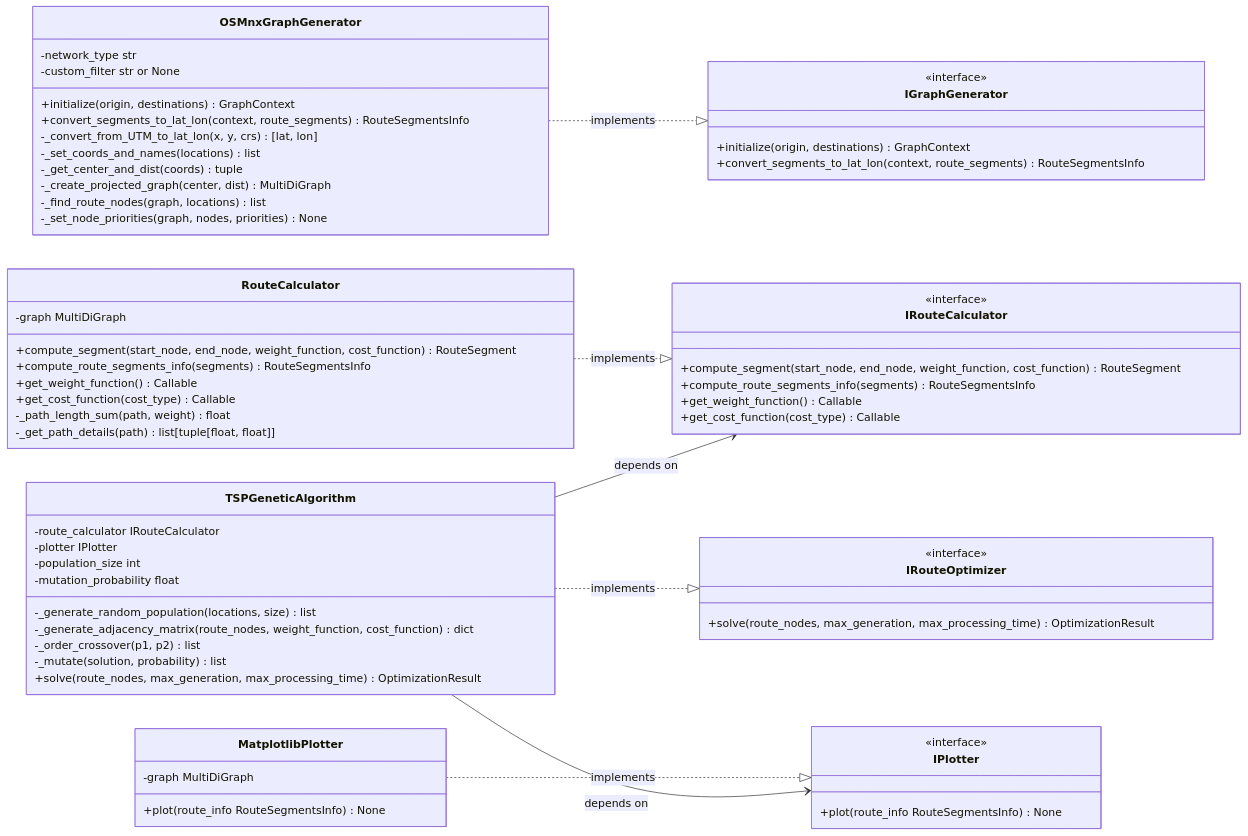
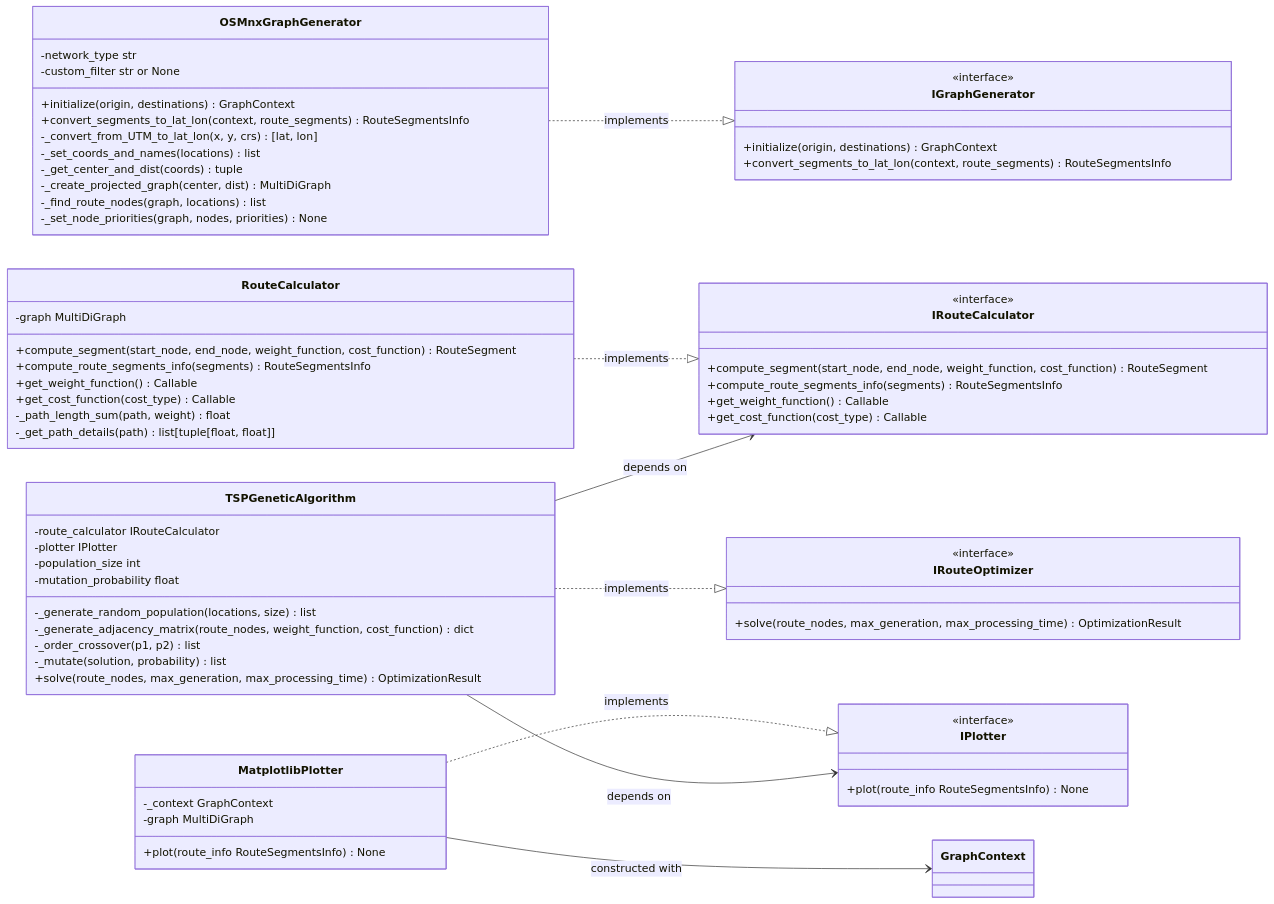
One commit to luizaaca/api_best_route changed the second of 3 diagrams in architecture.md. Above: the diagram before and after it, drawn with Mermaid. The commit also changed other lines of this file and 3 other files, not shown here.

Commit message:
feat: Enhance MatplotlibPlotter to utilize GraphContext, improve plotting efficiency, and update route visualization logic

````diff
--- a/architecture.md
+++ b/architecture.md
@@ -195,76 +195,78 @@
 ```mermaid
 classDiagram
     direction LR
 
     class IGraphGenerator {
         <<interface>>
         +initialize(origin, destinations) GraphContext
         +convert_segments_to_lat_lon(context, route_segments) RouteSegmentsInfo
     }
 
     class IRouteCalculator {
         <<interface>>
         +compute_segment(start_node, end_node, weight_function, cost_function) RouteSegment
         +compute_route_segments_info(segments) RouteSegmentsInfo
         +get_weight_function() Callable
         +get_cost_function(cost_type) Callable
     }
 
     class IRouteOptimizer {
         <<interface>>
         +solve(route_nodes, max_generation, max_processing_time) OptimizationResult
     }
 
     class IPlotter {
         <<interface>>
         +plot(route_info RouteSegmentsInfo) None
     }
 
     class OSMnxGraphGenerator {
         -network_type str
         -custom_filter str or None
         +initialize(origin, destinations) GraphContext
         +convert_segments_to_lat_lon(context, route_segments) RouteSegmentsInfo
         -_convert_from_UTM_to_lat_lon(x, y, crs) [lat, lon]
         -_set_coords_and_names(locations) list
         -_get_center_and_dist(coords) tuple
         -_create_projected_graph(center, dist) MultiDiGraph
         -_find_route_nodes(graph, locations) list
         -_set_node_priorities(graph, nodes, priorities) None
     }
 
     class RouteCalculator {
         -graph MultiDiGraph
         +compute_segment(start_node, end_node, weight_function, cost_function) RouteSegment
         +compute_route_segments_info(segments) RouteSegmentsInfo
         +get_weight_function() Callable
         +get_cost_function(cost_type) Callable
         -_path_length_sum(path, weight) float
         -_get_path_details(path) list[tuple[float, float]]
     }
 
     class TSPGeneticAlgorithm {
         -route_calculator IRouteCalculator
         -plotter IPlotter           
         -population_size int
         -mutation_probability float
         -_generate_random_population(locations, size) list
         -_generate_adjacency_matrix(route_nodes, weight_function, cost_function) dict
         -_order_crossover(p1, p2) list
         -_mutate(solution, probability) list
         +solve(route_nodes, max_generation, max_processing_time) OptimizationResult
     }
 
     class MatplotlibPlotter {
+        -_context GraphContext
         -graph MultiDiGraph
         +plot(route_info RouteSegmentsInfo) None
     }
 
     OSMnxGraphGenerator ..|> IGraphGenerator : implements
     RouteCalculator ..|> IRouteCalculator : implements
     TSPGeneticAlgorithm ..|> IRouteOptimizer : implements
     MatplotlibPlotter ..|> IPlotter : implements
 
     TSPGeneticAlgorithm --> IRouteCalculator : depends on
     TSPGeneticAlgorithm --> IPlotter : depends on
+    MatplotlibPlotter --> GraphContext : constructed with
 ```
````
